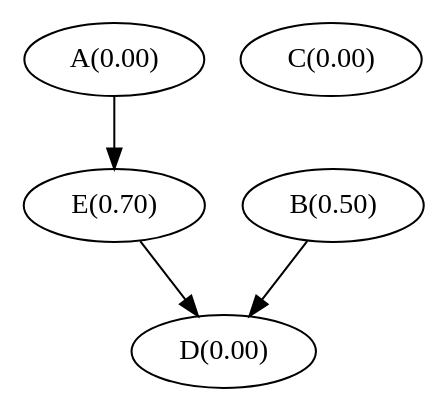
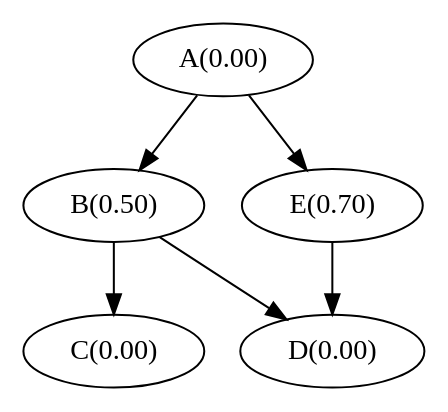
Before and after one commit to rlch/tutero-assignment: the diagram in runner/cases/with_progress.dot, drawn with Graphviz. The commit also changed 10 other files, not shown here.

```diff
--- a/runner/cases/with_progress.dot
+++ b/runner/cases/with_progress.dot
@@ -1,25 +1,29 @@
 
 strict digraph with_progress {
 
 	// Node definitions.
 
 	"A(0.00)";
 
 	"B(0.50)";
 
 	"C(0.00)";
 
 	"D(0.00)";
 
 	"E(0.70)";
 
 
 	// Edge definitions.
 
+	"A(0.00)" -> "B(0.50)";
+
 	"A(0.00)" -> "E(0.70)";
+
+	"B(0.50)" -> "C(0.00)";
 
 	"B(0.50)" -> "D(0.00)";
 
 	"E(0.70)" -> "D(0.00)";
 
 }
```
